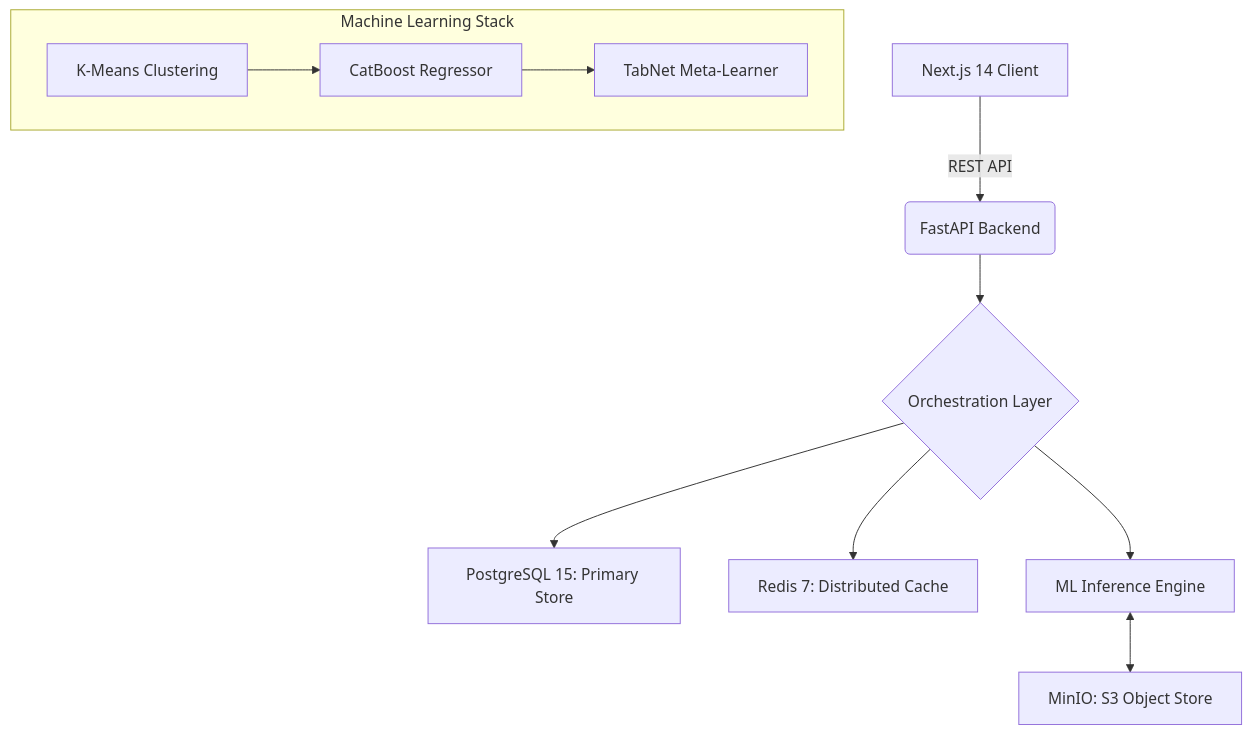
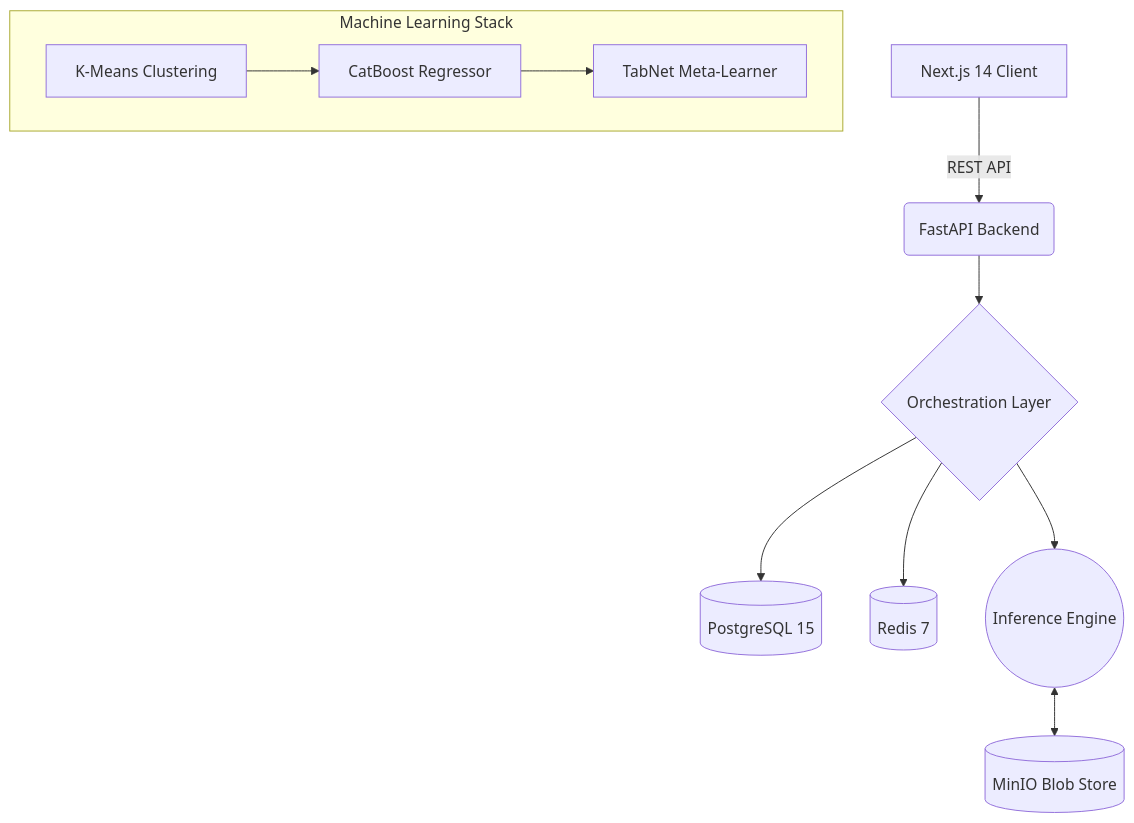
One commit to KausaniPyne/loanlens changed the first of 2 diagrams in README.md. Above: the diagram before and after it, drawn with Mermaid. The commit also changed other lines of this file, not shown here.

````diff
--- a/README.md
+++ b/README.md
@@ -21,16 +36,16 @@
 ```mermaid
 graph TD
     A[Next.js 14 Client] -->|REST API| B(FastAPI Backend)
     B --> C{Orchestration Layer}
     
-    C --> D[PostgreSQL 15: Primary Store]
-    C --> E[Redis 7: Distributed Cache]
-    C --> F[ML Inference Engine]
+    C --> D[(PostgreSQL 15)]
+    C --> E[(Redis 7)]
+    C --> F((Inference Engine))
     
-    F <--> G[MinIO: S3 Object Store]
+    F <--> G[(MinIO Blob Store)]
     
     subgraph "Machine Learning Stack"
         H[K-Means Clustering] --> I[CatBoost Regressor]
         I --> J[TabNet Meta-Learner]
     end
 ```
````
